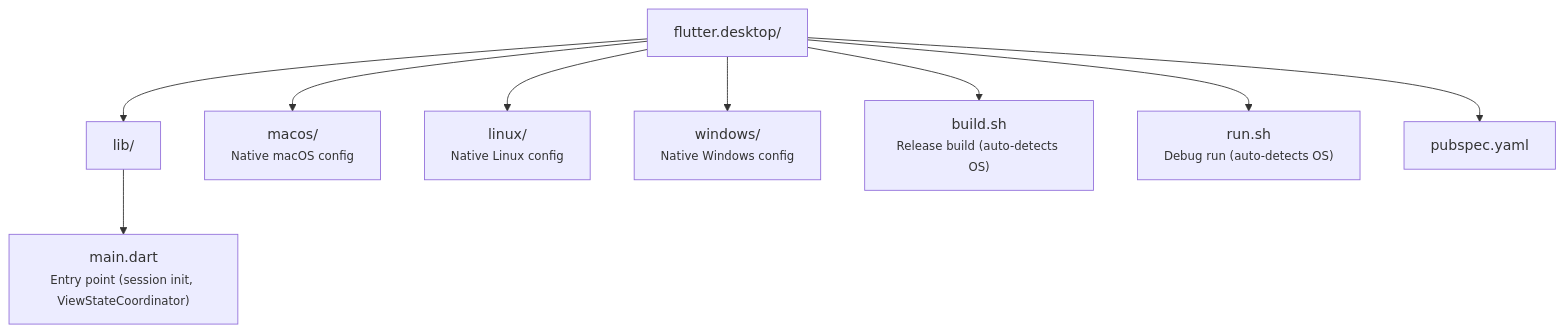
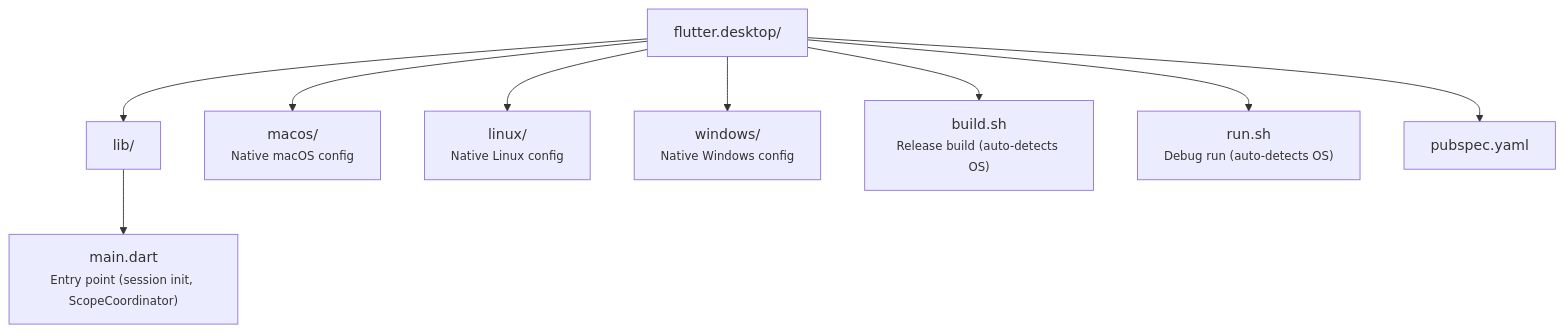
The diagram in fontes/br.com.wdc.store/br.com.wdc.store.view.remote/remote.shell.flutter/flutter.desktop/README.md (mrcdom/wdc-cube-java-v2), drawn with Mermaid before and after one commit. The commit also changed other lines of this file and 222 other files, not shown here.

First line of the commit message:
♻️ [REFACTOR] ViewState becomes Scope in code, protocol and docs

````diff
--- a/fontes/br.com.wdc.store/br.com.wdc.store.view.remote/remote.shell.flutter/flutter.desktop/README.md
+++ b/fontes/br.com.wdc.store/br.com.wdc.store.view.remote/remote.shell.flutter/flutter.desktop/README.md
@@ -42,21 +42,21 @@
 ```mermaid
 graph TD
     root["flutter.desktop/"]
     lib["lib/"]
-    main["main.dart<br/><small>Entry point (session init, ViewStateCoordinator)</small>"]
+    main["main.dart<br/><small>Entry point (session init, ScopeCoordinator)</small>"]
     macos["macos/<br/><small>Native macOS config</small>"]
     linux["linux/<br/><small>Native Linux config</small>"]
     windows["windows/<br/><small>Native Windows config</small>"]
     buildsh["build.sh<br/><small>Release build (auto-detects OS)</small>"]
     runsh["run.sh<br/><small>Debug run (auto-detects OS)</small>"]
     pubspec["pubspec.yaml"]
 
     root --> lib
     root --> macos
     root --> linux
     root --> windows
     root --> buildsh
     root --> runsh
     root --> pubspec
     lib --> main
 ```
````
